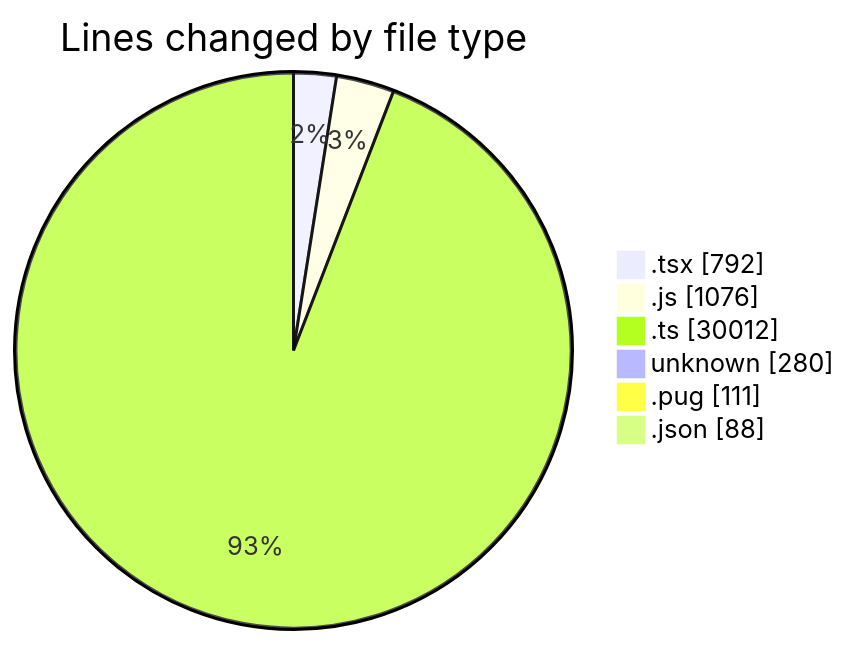
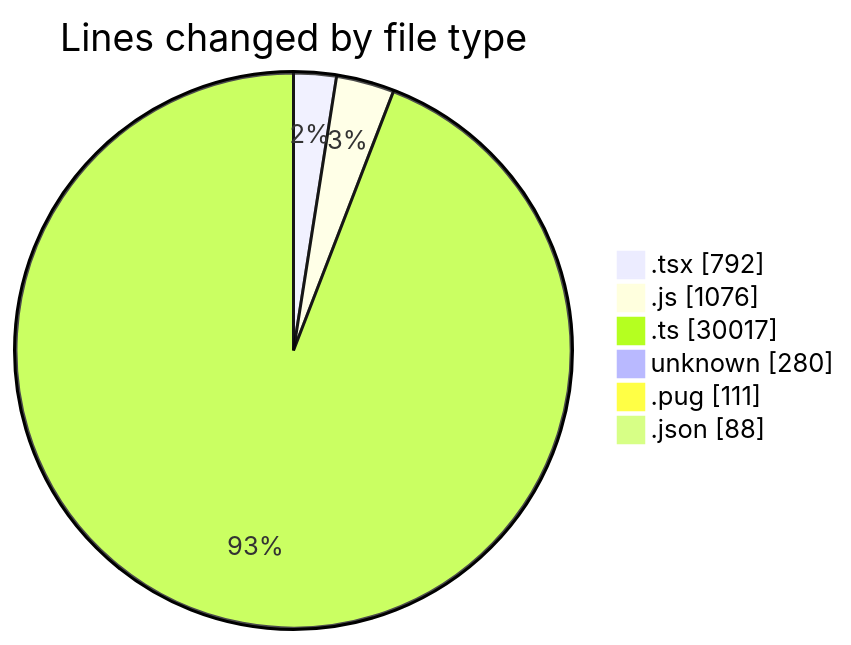
Before and after one commit to momahboobian/code-tracking: the first of 2 diagrams in 2026-06-03/cda/README.md, drawn with Mermaid. The commit also changed other lines of this file and 1 other file, not shown here.

````diff
--- a/2026-06-03/cda/README.md
+++ b/2026-06-03/cda/README.md
@@ -44,10 +44,10 @@
 ```mermaid
 pie showData
 title Lines changed by file type
 ".tsx" : 792
 ".js" : 1076
-".ts" : 30012
+".ts" : 30017
 "unknown" : 280
 ".pug" : 111
 ".json" : 88
 ```
````
